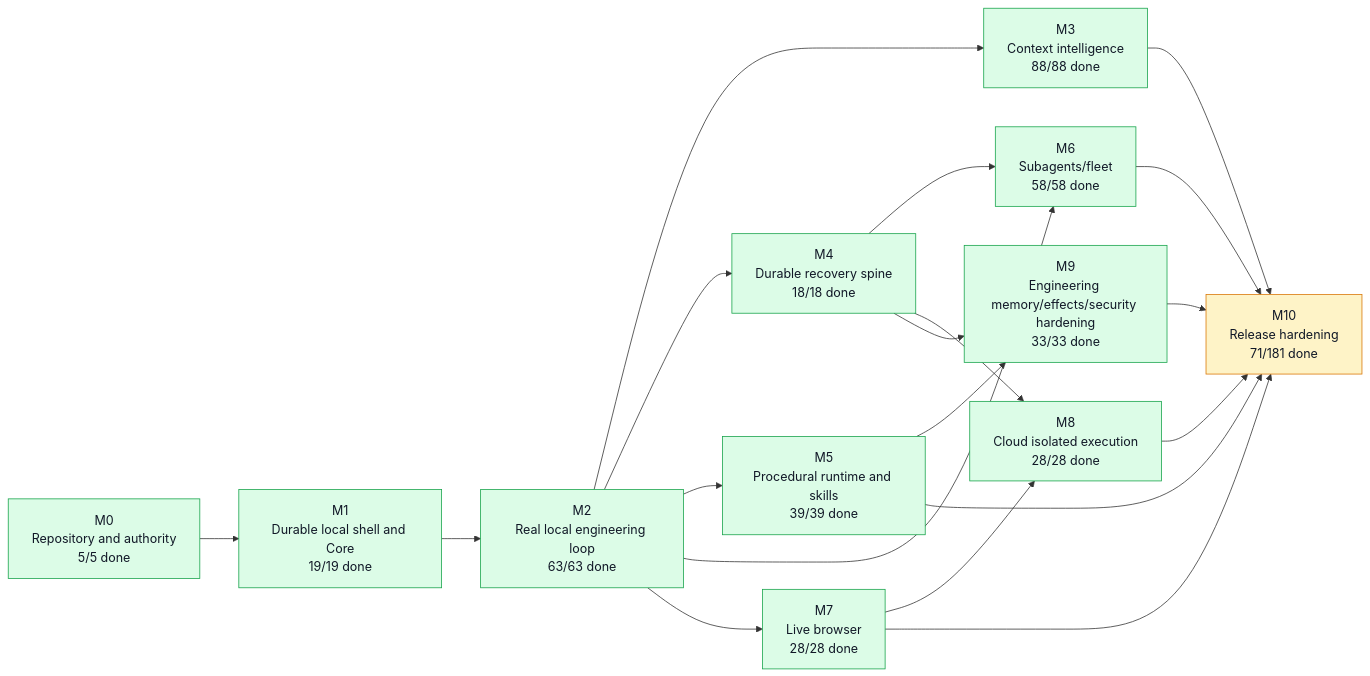
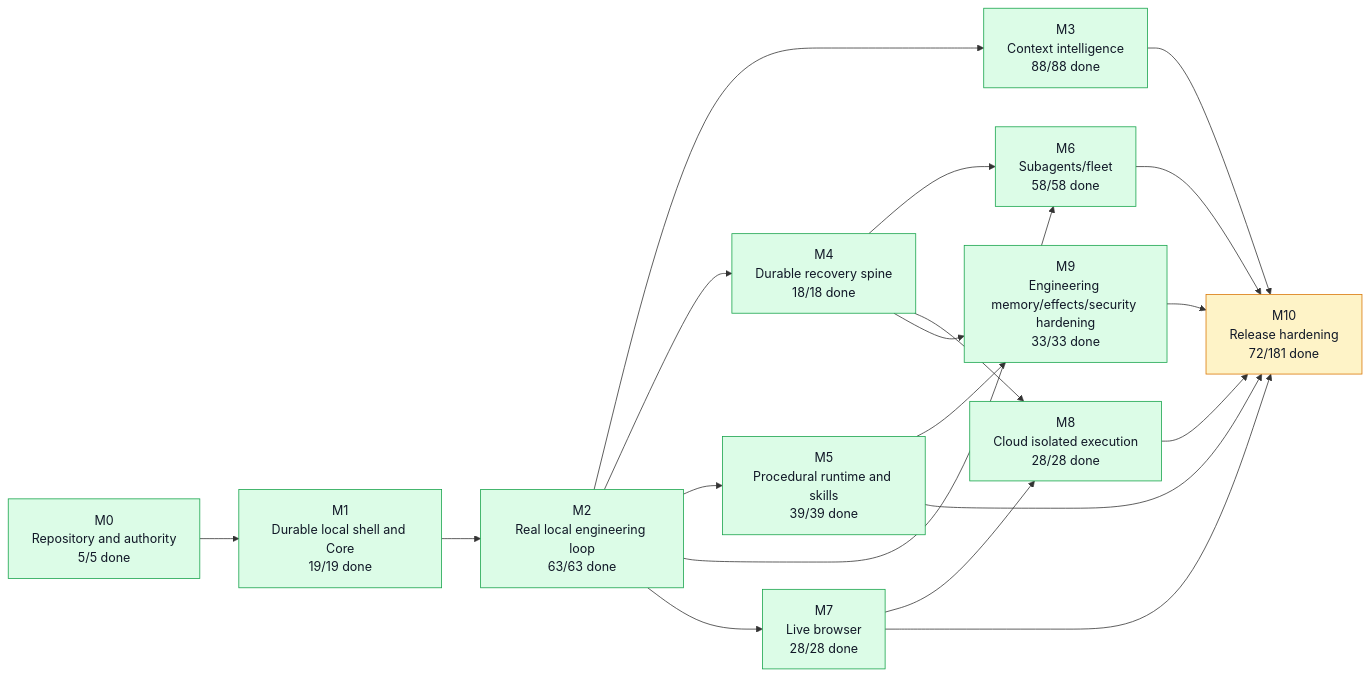
Before and after one commit to moss101/modbit: the first of 5 diagrams in graph/PROJECT_GRAPH.md, drawn with Mermaid. The commit also changed other lines of this file and 6 other files, not shown here.

````diff
--- a/graph/PROJECT_GRAPH.md
+++ b/graph/PROJECT_GRAPH.md
@@ -57,43 +57,43 @@
 ```mermaid
 flowchart LR
   M0["M0<br/>Repository and authority<br/>5/5 done"]
   M1["M1<br/>Durable local shell and Core<br/>19/19 done"]
   M2["M2<br/>Real local engineering loop<br/>63/63 done"]
   M3["M3<br/>Context intelligence<br/>88/88 done"]
   M4["M4<br/>Durable recovery spine<br/>18/18 done"]
   M5["M5<br/>Procedural runtime and skills<br/>39/39 done"]
   M6["M6<br/>Subagents/fleet<br/>58/58 done"]
   M7["M7<br/>Live browser<br/>28/28 done"]
   M8["M8<br/>Cloud isolated execution<br/>28/28 done"]
   M9["M9<br/>Engineering memory/effects/security hardening<br/>33/33 done"]
-  M10["M10<br/>Release hardening<br/>71/181 done"]
+  M10["M10<br/>Release hardening<br/>72/181 done"]
   M0 --> M1
   M1 --> M2
   M2 --> M3
   M2 --> M4
   M2 --> M5
   M2 --> M6
   M4 --> M6
   M2 --> M7
   M4 --> M8
   M7 --> M8
   M4 --> M9
   M5 --> M9
   M3 --> M10
   M5 --> M10
   M6 --> M10
   M7 --> M10
   M8 --> M10
   M9 --> M10
   style M0 fill:#dcfce7,stroke:#16a34a,color:#111827
   style M1 fill:#dcfce7,stroke:#16a34a,color:#111827
   style M2 fill:#dcfce7,stroke:#16a34a,color:#111827
   style M3 fill:#dcfce7,stroke:#16a34a,color:#111827
   style M4 fill:#dcfce7,stroke:#16a34a,color:#111827
   style M5 fill:#dcfce7,stroke:#16a34a,color:#111827
   style M6 fill:#dcfce7,stroke:#16a34a,color:#111827
   style M7 fill:#dcfce7,stroke:#16a34a,color:#111827
   style M8 fill:#dcfce7,stroke:#16a34a,color:#111827
   style M9 fill:#dcfce7,stroke:#16a34a,color:#111827
   style M10 fill:#fef3c7,stroke:#d97706,color:#111827
 ```
````
